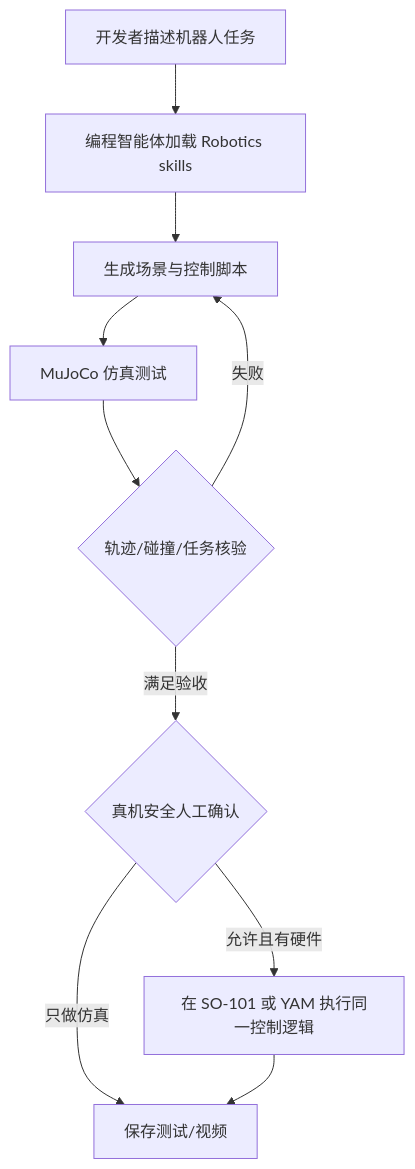
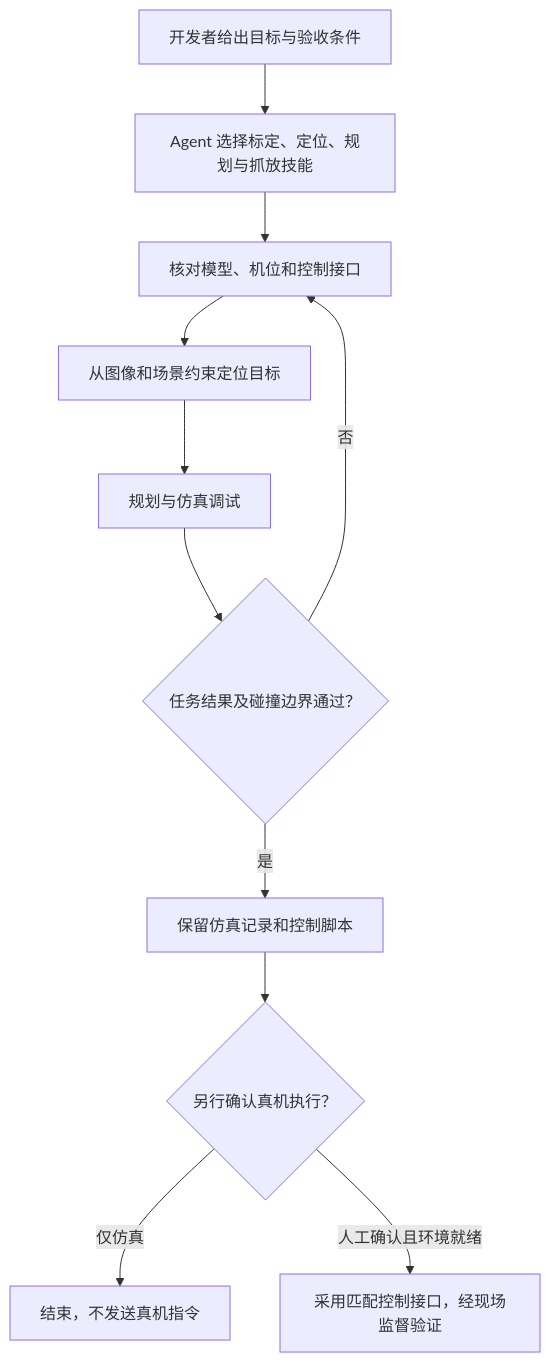
Before and after one commit to ImChong/Robotics_Notebooks: the first of 2 diagrams in wiki/entities/google-deepmind-robotics-antigravity-plugin.md, drawn with Mermaid. The commit also changed other lines of this file and 29 other files, not shown here.

````diff
--- a/wiki/entities/google-deepmind-robotics-antigravity-plugin.md
+++ b/wiki/entities/google-deepmind-robotics-antigravity-plugin.md
@@ -47,12 +55,13 @@
 ```mermaid
 flowchart TD
-  U["开发者描述机器人任务"] --> AG["编程智能体加载 Robotics skills"]
-  AG --> CODE["生成场景与控制脚本"]
-  CODE --> SIM["MuJoCo 仿真测试"]
-  SIM --> CHECK{"轨迹/碰撞/任务核验"}
-  CHECK -->|失败| CODE
-  CHECK -->|满足验收| GATE{"真机安全人工确认"}
-  GATE -->|只做仿真| OUT["保存测试/视频"]
-  GATE -->|允许且有硬件| ARM["在 SO-101 或 YAM 执行同一控制逻辑"]
-  ARM --> OUT
+  Task["开发者给出目标与验收条件"] --> Skill["Agent 选择标定、定位、规划与抓放技能"]
+  Skill --> Model["核对模型、机位和控制接口"]
+  Model --> Pose["从图像和场景约束定位目标"]
+  Pose --> Plan["规划与仿真调试"]
+  Plan --> Verify{"任务结果及碰撞边界通过？"}
+  Verify -->|否| Model
+  Verify -->|是| Report["保留仿真记录和控制脚本"]
+  Report --> Gate{"另行确认真机执行？"}
+  Gate -->|仅仿真| Stop["结束，不发送真机指令"]
+  Gate -->|人工确认且环境就绪| Device["采用匹配控制接口，经现场监督验证"]
 ```
````
